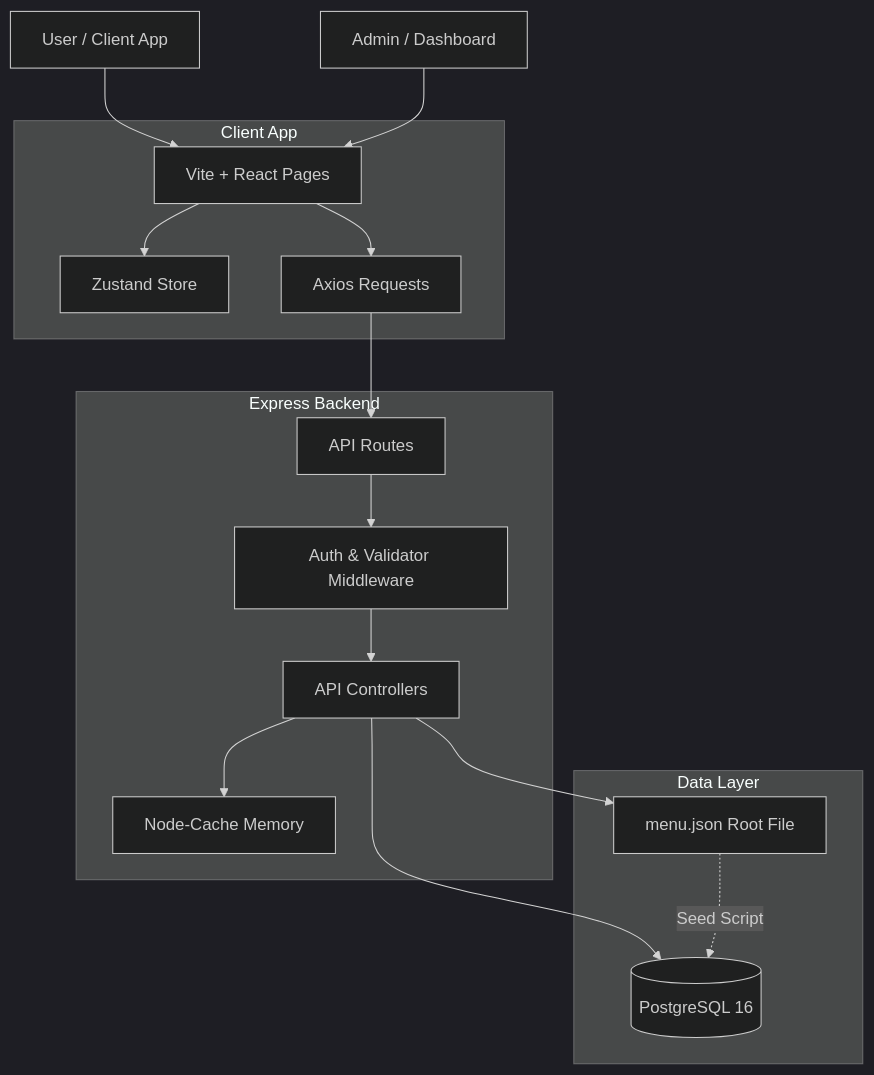
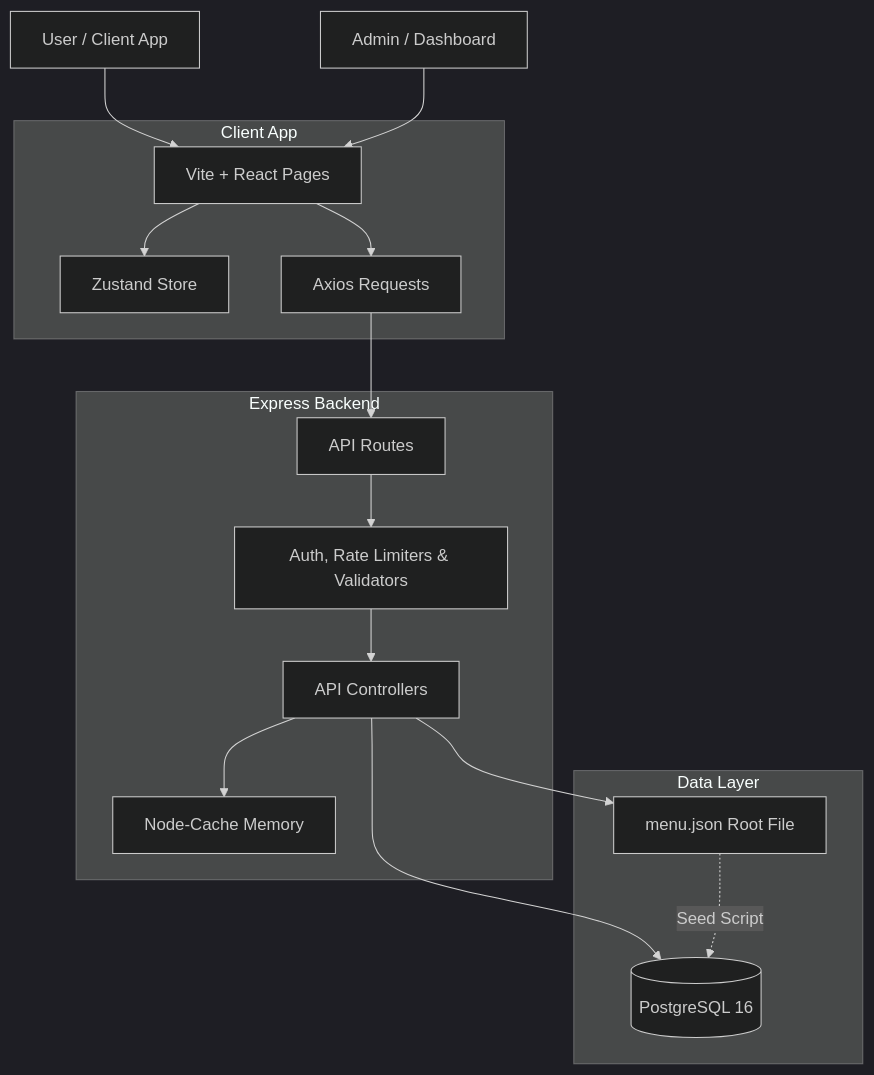
The diagram in readme.md (akshaypranv/Restaurant), drawn with Mermaid (dark theme) before and after one commit. The commit also changed other lines of this file, not shown here.

````diff
--- a/readme.md
+++ b/readme.md
@@ -141,35 +80,35 @@
 ```mermaid
 graph TD
   User[User / Client App]
   Admin[Admin / Dashboard]
   
   subgraph Client App
     Zustand[Zustand Store]
     Vite[Vite + React Pages]
     Axios[Axios Requests]
   end
 
   subgraph Express Backend
     Routes[API Routes]
-    Middleware[Auth & Validator Middleware]
+    Middleware[Auth, Rate Limiters & Validators]
     Controller[API Controllers]
     Cache[Node-Cache Memory]
   end
   
   subgraph Data Layer
     DB[(PostgreSQL 16)]
     JSONFile[menu.json Root File]
   end
 
   User --> Vite
   Admin --> Vite
   Vite --> Zustand
   Vite --> Axios
   Axios --> Routes
   Routes --> Middleware
   Middleware --> Controller
   Controller --> Cache
   Controller --> DB
   Controller --> JSONFile
   JSONFile -. Seed Script .-> DB
 ```
````
